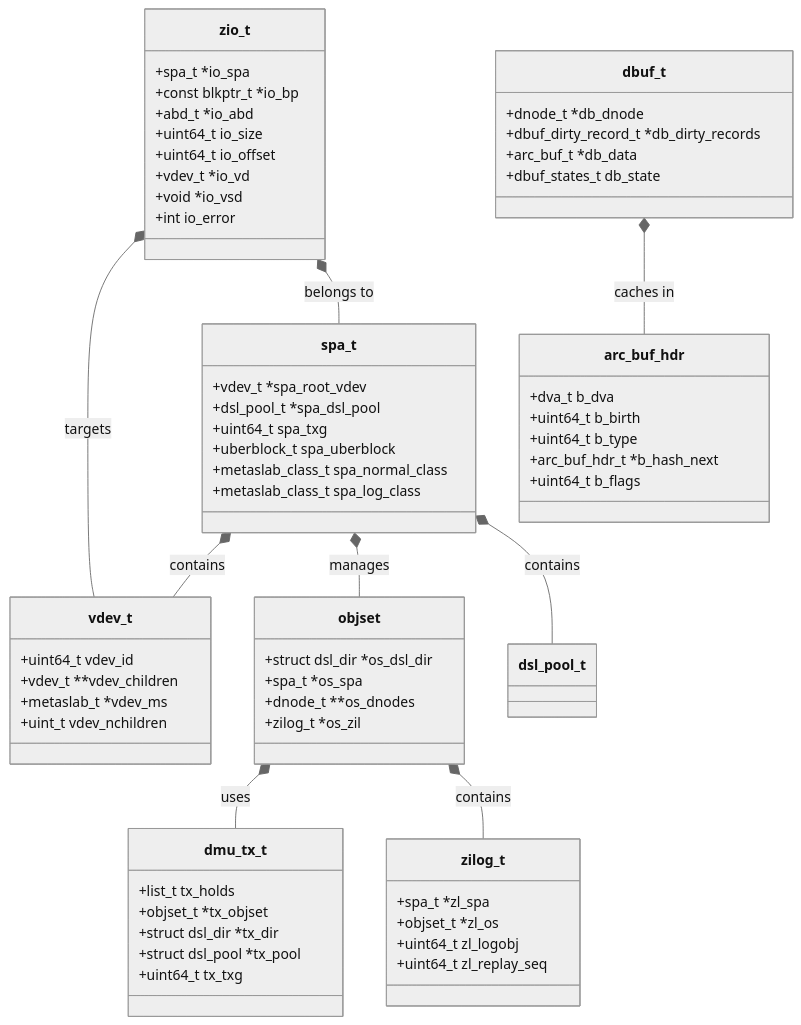
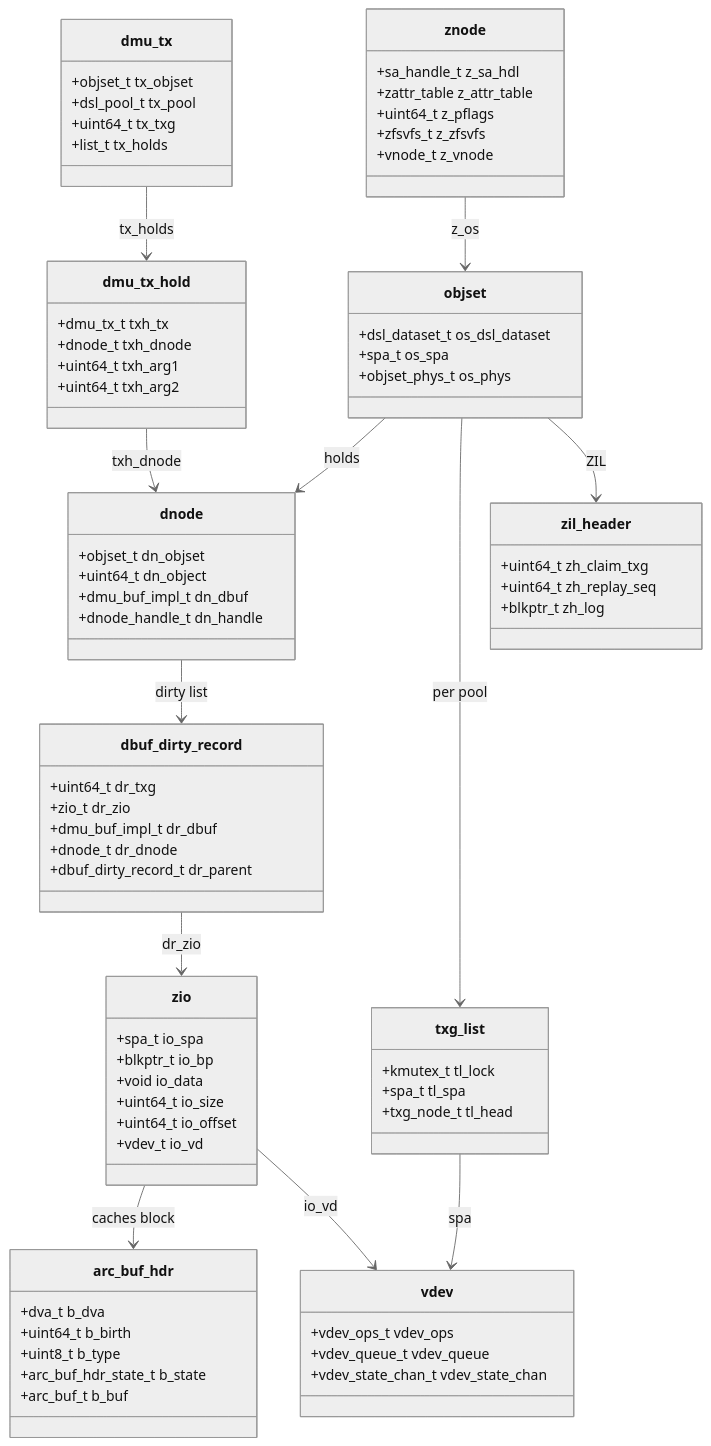
One commit to ocochard/freebsd-src changed the diagram in sys/contrib/openzfs/README_freebsd.md. Above: the diagram before and after it, drawn with Mermaid (neutral theme). The commit also changed other lines of this file and 40 other files, not shown here.

````diff
--- a/sys/contrib/openzfs/README_freebsd.md
+++ b/sys/contrib/openzfs/README_freebsd.md
@@ -292,75 +408,82 @@
 ```mermaid
 classDiagram
-    class spa_t {
-        +vdev_t *spa_root_vdev
-        +dsl_pool_t *spa_dsl_pool
-        +uint64_t spa_txg
-        +uberblock_t spa_uberblock
-        +metaslab_class_t spa_normal_class
-        +metaslab_class_t spa_log_class
-    }
+  class znode {
+    +sa_handle_t z_sa_hdl
+    +zattr_table z_attr_table
+    +uint64_t z_pflags
+    +zfsvfs_t z_zfsvfs
+    +vnode_t z_vnode
+  }
+  class objset {
+    +dsl_dataset_t os_dsl_dataset
+    +spa_t os_spa
+    +objset_phys_t os_phys
+  }
+  class dnode {
+    +objset_t dn_objset
+    +uint64_t dn_object
+    +dmu_buf_impl_t dn_dbuf
+    +dnode_handle_t dn_handle
+  }
+  class dmu_tx {
+    +objset_t tx_objset
+    +dsl_pool_t tx_pool
+    +uint64_t tx_txg
+    +list_t tx_holds
+  }
+  class dmu_tx_hold {
+    +dmu_tx_t txh_tx
+    +dnode_t txh_dnode
+    +uint64_t txh_arg1
+    +uint64_t txh_arg2
+  }
+  class dbuf_dirty_record {
+    +uint64_t dr_txg
+    +zio_t dr_zio
+    +dmu_buf_impl_t dr_dbuf
+    +dnode_t dr_dnode
+    +dbuf_dirty_record_t dr_parent
+  }
+  class arc_buf_hdr {
+    +dva_t b_dva
+    +uint64_t b_birth
+    +uint8_t b_type
+    +arc_buf_hdr_state_t b_state
+    +arc_buf_t b_buf
+  }
+  class zio {
+    +spa_t io_spa
+    +blkptr_t io_bp
+    +void io_data
+    +uint64_t io_size
+    +uint64_t io_offset
+    +vdev_t io_vd
+  }
+  class vdev {
+    +vdev_ops_t vdev_ops
+    +vdev_queue_t vdev_queue
+    +vdev_state_chan_t vdev_state_chan
+  }
+  class txg_list {
+    +kmutex_t tl_lock
+    +spa_t tl_spa
+    +txg_node_t tl_head
+  }
+  class zil_header {
+    +uint64_t zh_claim_txg
+    +uint64_t zh_replay_seq
+    +blkptr_t zh_log
+  }
 
-    class vdev_t {
-        +uint64_t vdev_id
-        +vdev_t **vdev_children
-        +metaslab_t *vdev_ms
-        +uint_t vdev_nchildren
-    }
-
-    class objset {
-        +struct dsl_dir *os_dsl_dir
-        +spa_t *os_spa
-        +dnode_t **os_dnodes
-        +zilog_t *os_zil
-    }
-
-    class dmu_tx_t {
-        +list_t tx_holds
-        +objset_t *tx_objset
-        +struct dsl_dir *tx_dir
-        +struct dsl_pool *tx_pool
-        +uint64_t tx_txg
-    }
-
-    class arc_buf_hdr {
-        +dva_t b_dva
-        +uint64_t b_birth
-        +uint64_t b_type
-        +arc_buf_hdr_t *b_hash_next
-        +uint64_t b_flags
-    }
-
-    class zio_t {
-        +spa_t *io_spa
-        +const blkptr_t *io_bp
-        +abd_t *io_abd
-        +uint64_t io_size
-        +uint64_t io_offset
-        +vdev_t *io_vd
-        +void *io_vsd
-        +int io_error
-    }
-
-    class dbuf_t {
-        +dnode_t *db_dnode
-        +dbuf_dirty_record_t *db_dirty_records
-        +arc_buf_t *db_data
-        +dbuf_states_t db_state
-    }
-
-    class zilog_t {
-        +spa_t *zl_spa
-        +objset_t *zl_os
-        +uint64_t zl_logobj
-        +uint64_t zl_replay_seq
-    }
-
-    spa_t *-- vdev_t : contains
-    spa_t *-- objset : manages
-    spa_t *-- dsl_pool_t : contains
-    objset *-- dmu_tx_t : uses
-    objset *-- zilog_t : contains
-    dbuf_t *-- arc_buf_hdr : caches in
-    zio_t *-- vdev_t : targets
-    zio_t *-- spa_t : belongs to
+  znode --> objset : z_os
+  objset --> dnode : holds
+  dmu_tx --> dmu_tx_hold : tx_holds
+  dmu_tx_hold --> dnode : txh_dnode
+  dnode --> dbuf_dirty_record : dirty list
+  dbuf_dirty_record --> zio : dr_zio
+  zio --> arc_buf_hdr : caches block
+  zio --> vdev : io_vd
+  objset --> txg_list : per pool
+  objset --> zil_header : ZIL
+  txg_list --> vdev : spa
 ```
````
